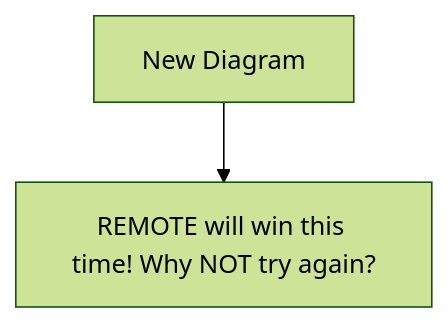
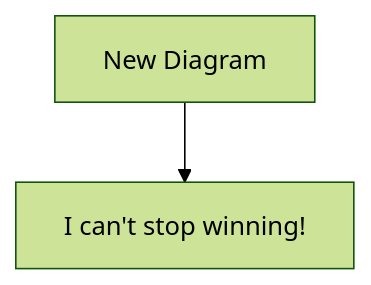
Before and after one commit to Skreen5hot/Ontology-of-Freedom: the diagram in mermaid/This is a test.mmd, drawn with Mermaid (forest theme).

Commit message:
Update diagram text in test.mmd

```diff
--- a/mermaid/This is a test.mmd
+++ b/mermaid/This is a test.mmd
@@ -1,2 +1,2 @@
 graph TD
-    A[New Diagram] --> B[REMOTE will win this time! Why NOT try again?];
+    A[New Diagram] --> B[I can't stop winning!];
```
